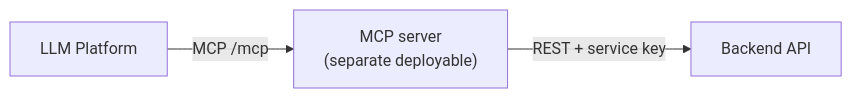
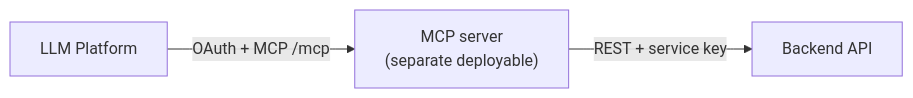
Before and after one commit to phanxuanquang/jetomax-assignment: the diagram in docs/mcp-integration.md, drawn with Mermaid. The commit also changed other lines of this file and 2 other files, not shown here.

Commit message:
docs: sync MCP docs with the built OAuth server and renamed tools
- mcp-integration.md: drop the stale "search/fetch for default mode"
  claim (there's no search/fetch pair), show OAuth on the diagram
- SRS §6.1 and architecture §8: tool names updated to what's actually
  implemented (list_joined_conversations, fetch_conversation_messages,
  get_conversation_summarization, join_conversation), drop "once
  built" phrasing now that the MCP server exists

````diff
--- a/docs/mcp-integration.md
+++ b/docs/mcp-integration.md
@@ -5,5 +5,5 @@
 ```mermaid
 flowchart LR
-    GPT["LLM Platform"] -->|MCP /mcp| MCPS["MCP server<br/>(separate deployable)"]
+    GPT["LLM Platform"] -->|OAuth + MCP /mcp| MCPS["MCP server<br/>(separate deployable)"]
     MCPS -->|REST + service key| API["Backend API"]
 ```
````
